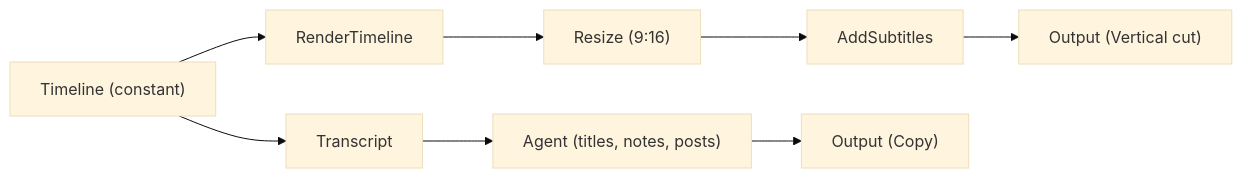
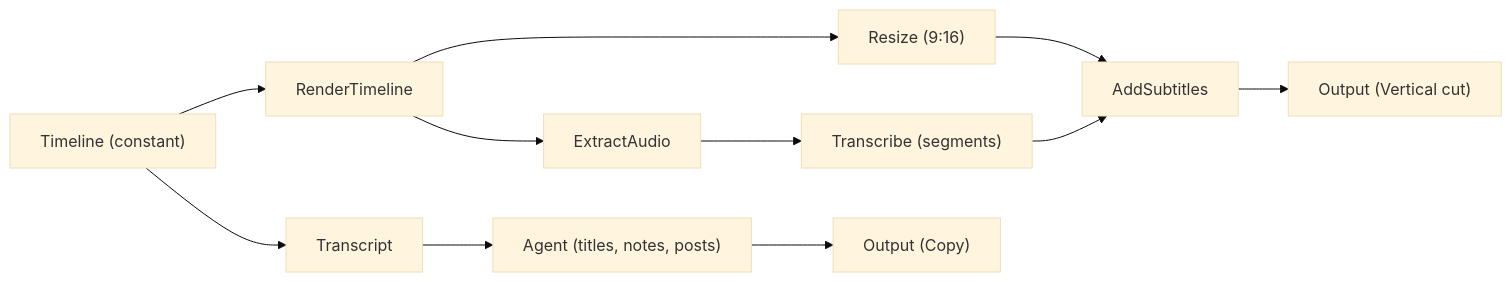
Before and after one commit to nodetool-ai/nodetool: the seventh of 8 diagrams in docs/cookbook/patterns.md, drawn with Mermaid (base theme). The commit also changed other lines of this file, not shown here.

```diff
--- a/docs/cookbook/patterns.md
+++ b/docs/cookbook/patterns.md
@@ -257,13 +263,16 @@
 {% mermaid %}
 graph LR
   tl["Timeline (constant)"]
   transcript["Transcript"]
   agent["Agent (titles, notes, posts)"]
   render["RenderTimeline"]
   vertical["Resize (9:16)"]
+  audio["ExtractAudio"]
+  asr["Transcribe (segments)"]
   subs["AddSubtitles"]
   copy["Output (Copy)"]
   post["Output (Vertical cut)"]
   tl --> transcript --> agent --> copy
   tl --> render --> vertical --> subs --> post
+  render --> audio --> asr --> subs
 {% endmermaid %}
```
